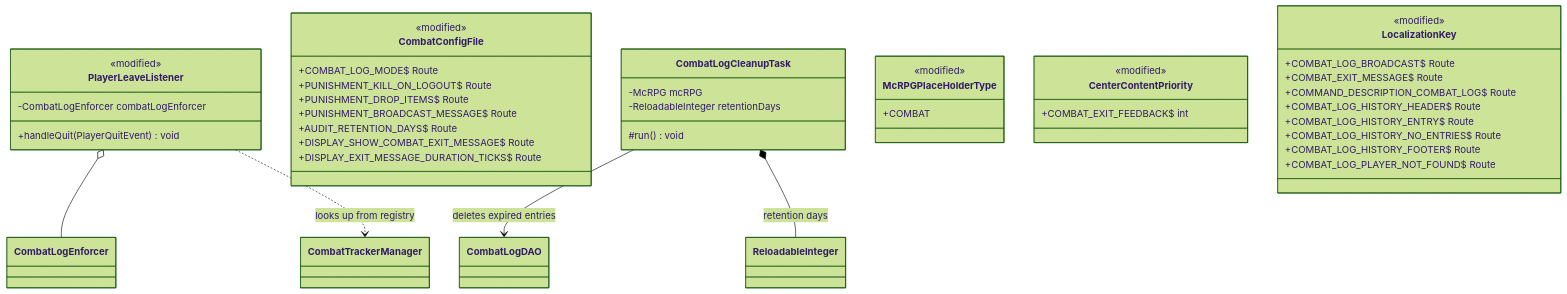
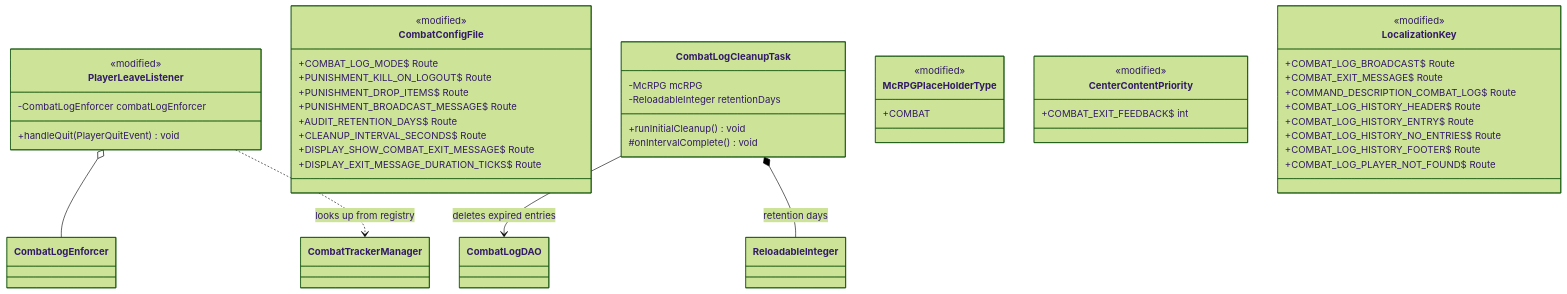
One commit to DiamondDagger590/McRPG changed the fourth of 4 diagrams in docs/lld/combat-tracker/phase-3-combat-log-and-display.md. Above: the diagram before and after it, drawn with Mermaid (forest theme). The commit also changed other lines of this file and 51 other files, not shown here.

````diff
--- a/docs/lld/combat-tracker/phase-3-combat-log-and-display.md
+++ b/docs/lld/combat-tracker/phase-3-combat-log-and-display.md
@@ -289,54 +286,56 @@
 ```mermaid
 classDiagram
     class PlayerLeaveListener {
         <<modified>>
         -CombatLogEnforcer combatLogEnforcer
         +handleQuit(PlayerQuitEvent) void
     }
 
     class CombatConfigFile {
         <<modified>>
         <<config>>
         +COMBAT_LOG_MODE$ Route
         +PUNISHMENT_KILL_ON_LOGOUT$ Route
         +PUNISHMENT_DROP_ITEMS$ Route
         +PUNISHMENT_BROADCAST_MESSAGE$ Route
         +AUDIT_RETENTION_DAYS$ Route
+        +CLEANUP_INTERVAL_SECONDS$ Route
         +DISPLAY_SHOW_COMBAT_EXIT_MESSAGE$ Route
         +DISPLAY_EXIT_MESSAGE_DURATION_TICKS$ Route
     }
 
     class CombatLogCleanupTask {
         -McRPG mcRPG
         -ReloadableInteger retentionDays
-        #run() void
+        +runInitialCleanup() void
+        #onIntervalComplete() void
     }
 
     class McRPGPlaceHolderType {
         <<modified>>
         <<enum>>
         +COMBAT
     }
 
     class CenterContentPriority {
         <<modified>>
         +COMBAT_EXIT_FEEDBACK$ int
     }
 
     class LocalizationKey {
         <<modified>>
         +COMBAT_LOG_BROADCAST$ Route
         +COMBAT_EXIT_MESSAGE$ Route
         +COMMAND_DESCRIPTION_COMBAT_LOG$ Route
         +COMBAT_LOG_HISTORY_HEADER$ Route
         +COMBAT_LOG_HISTORY_ENTRY$ Route
         +COMBAT_LOG_HISTORY_NO_ENTRIES$ Route
         +COMBAT_LOG_HISTORY_FOOTER$ Route
         +COMBAT_LOG_PLAYER_NOT_FOUND$ Route
     }
 
     PlayerLeaveListener o-- CombatLogEnforcer
     PlayerLeaveListener ..> CombatTrackerManager : looks up from registry
     CombatLogCleanupTask --> CombatLogDAO : deletes expired entries
     CombatLogCleanupTask *-- ReloadableInteger : retention days
 ```
````
